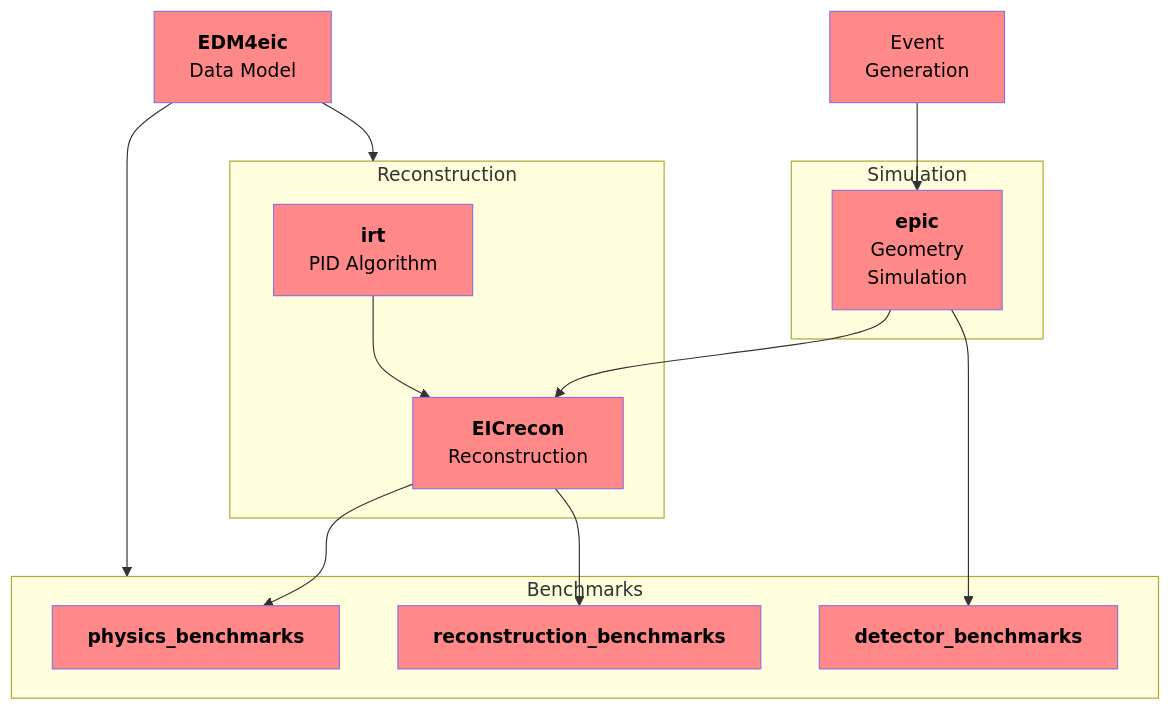
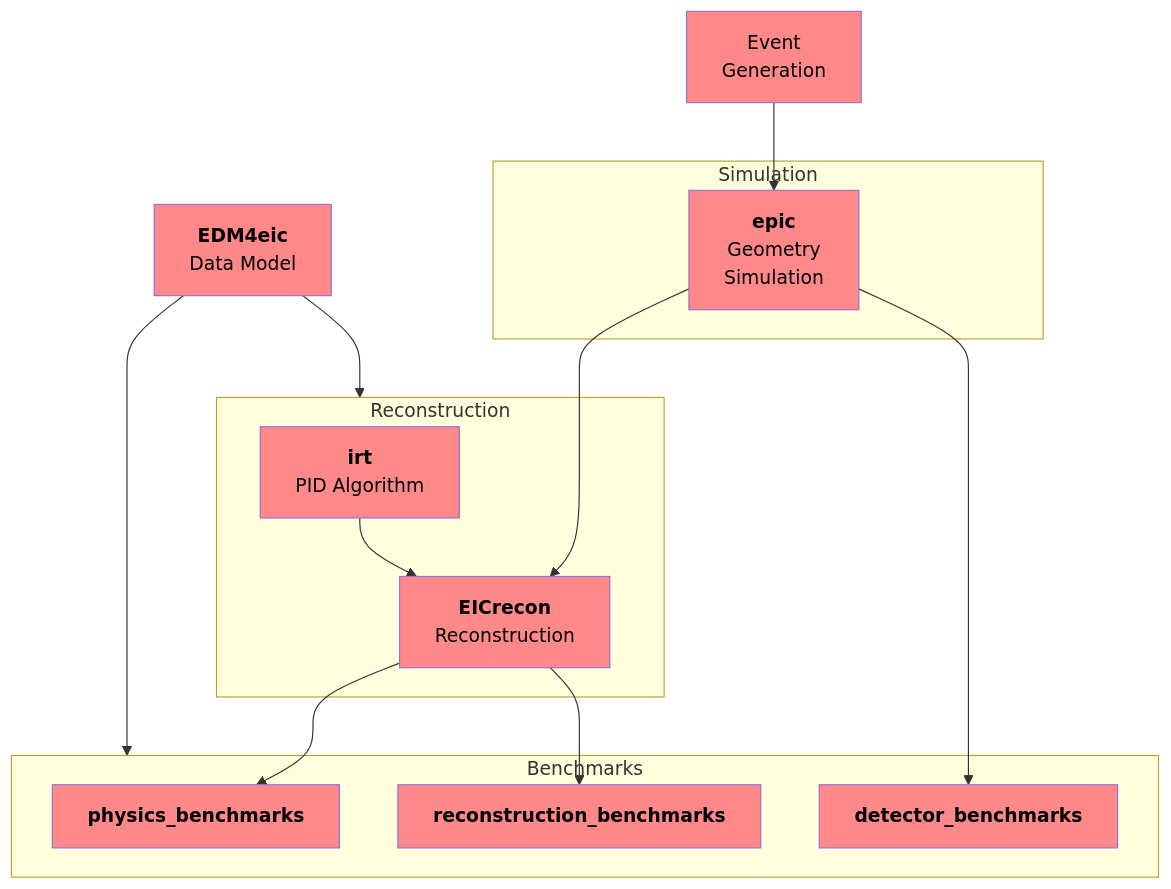
One commit to eic/drich-dev changed the first of 4 diagrams in README.md. Above: the diagram before and after it, drawn with Mermaid.

Commit message:
modified:   README.md

````diff
--- a/README.md
+++ b/README.md
@@ -197,26 +197,26 @@
 ```mermaid
 flowchart TB
   classDef epic fill:#ff8888,color:black
 
   EventGeneration[Event<br/>Generation]:::epic
   subgraph Simulation
     epic[<strong>epic</strong><br/>Geometry<br/>Simulation]:::epic
   end
   subgraph Reconstruction
     irt[<strong>irt</strong><br/>PID Algorithm]:::epic
     EICrecon[<strong>EICrecon</strong><br/>Reconstruction]:::epic
   end
   subgraph Benchmarks
     PhysicsBenchmarks[<strong>physics_benchmarks</strong>]:::epic
     ReconstructionBenchmarks[<strong>reconstruction_benchmarks</strong>]:::epic
     DetectorBenchmarks[<strong>detector_benchmarks</strong>]:::epic
   end
   EDM4eic[<strong>EDM4eic</strong><br/>Data Model]:::epic
 
-  EventGeneration --> epic --> EICrecon --> PhysicsBenchmarks
+  EventGeneration --> epic ---> EICrecon --> PhysicsBenchmarks
   irt             --> EICrecon
   EICrecon        --> ReconstructionBenchmarks
-  epic            --> DetectorBenchmarks
+  epic            ---> DetectorBenchmarks
   EDM4eic         --> Reconstruction
   EDM4eic         --> Benchmarks
 ```
````
